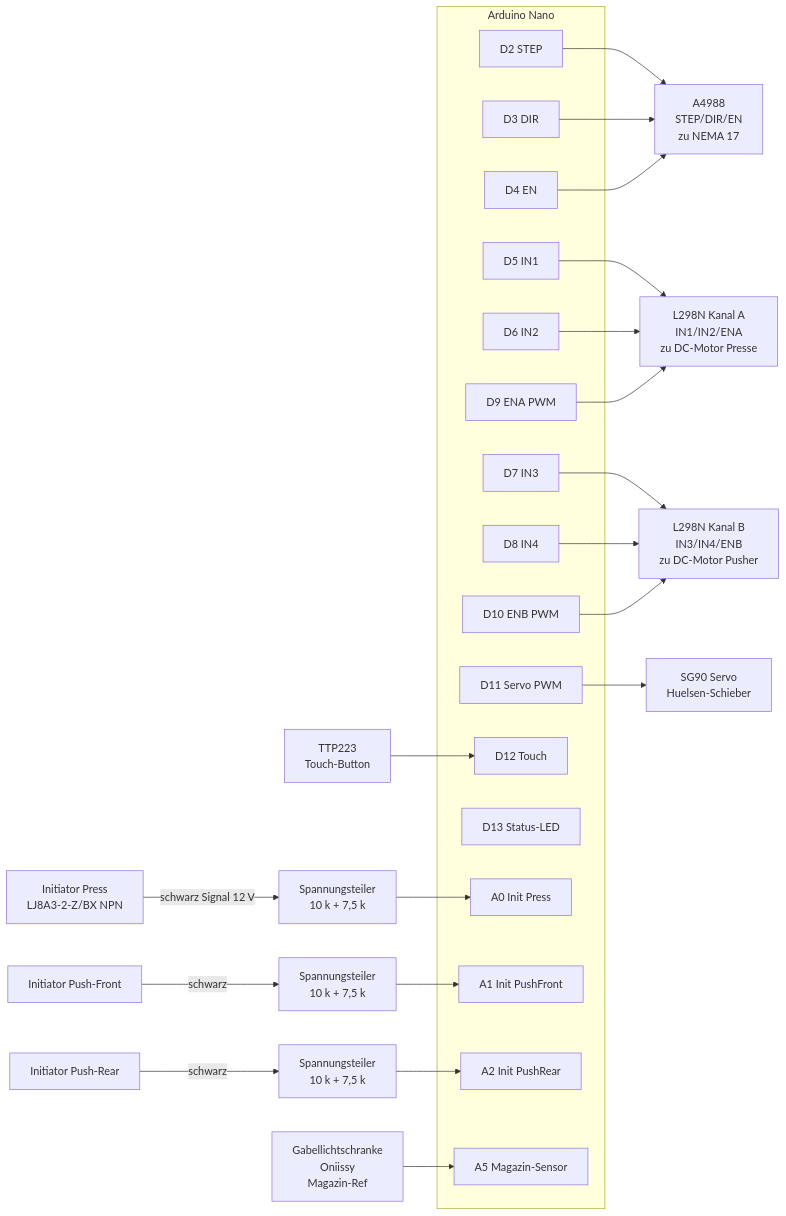
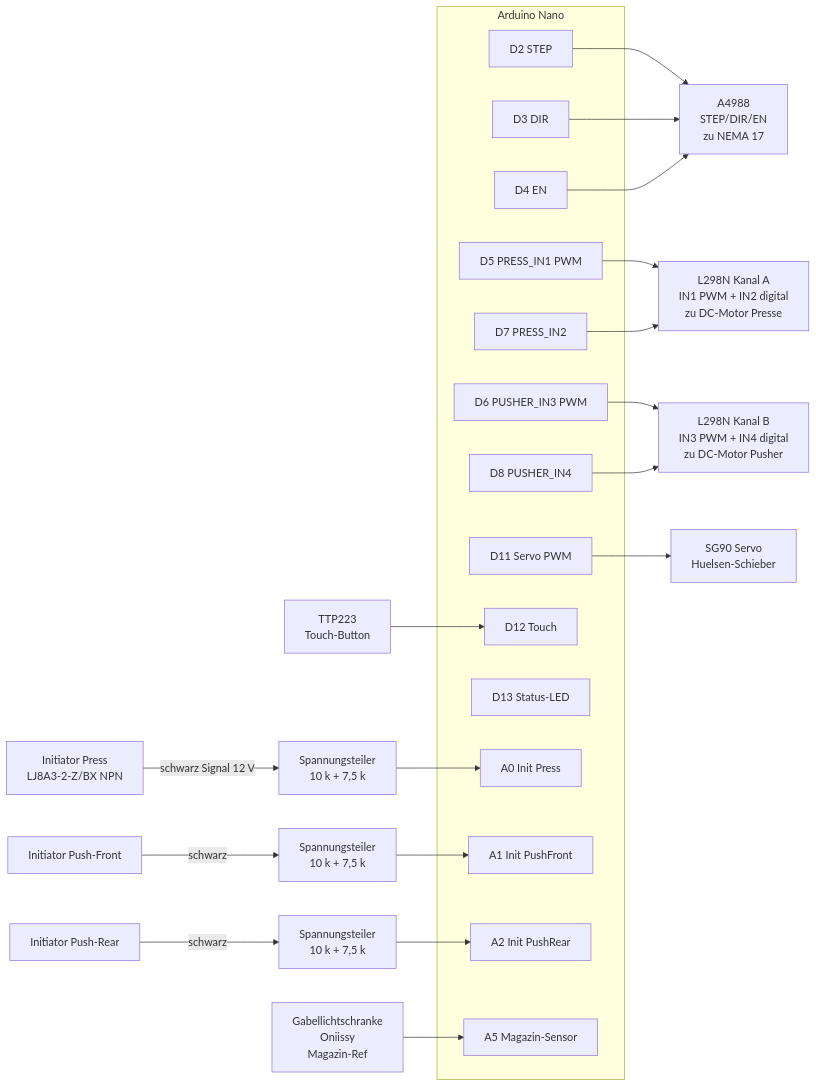
The second of 3 diagrams in docs/wiring.md (JohnsonRepo/stopf), drawn with Mermaid before and after one commit. The commit also changed other lines of this file and 5 other files, not shown here.

First line of the commit message:
fix(motors): L298N-Mini-Modul ohne ENA/ENB unterstuetzen

````diff
--- a/docs/wiring.md
+++ b/docs/wiring.md
@@ -102,47 +102,43 @@
 ```mermaid
 flowchart LR
     subgraph NANO [Arduino Nano]
         D2["D2 STEP"]
         D3["D3 DIR"]
         D4["D4 EN"]
-        D5["D5 IN1"]
-        D6["D6 IN2"]
-        D7["D7 IN3"]
-        D8["D8 IN4"]
-        D9["D9 ENA PWM"]
-        D10["D10 ENB PWM"]
+        D5["D5 PRESS_IN1 PWM"]
+        D6["D6 PUSHER_IN3 PWM"]
+        D7["D7 PRESS_IN2"]
+        D8["D8 PUSHER_IN4"]
         D11["D11 Servo PWM"]
         D12["D12 Touch"]
         D13["D13 Status-LED"]
         A0["A0 Init Press"]
         A1["A1 Init PushFront"]
         A2["A2 Init PushRear"]
         A5["A5 Magazin-Sensor"]
     end
 
     D2 --> A4988["A4988<br/>STEP/DIR/EN<br/>zu NEMA 17"]
     D3 --> A4988
     D4 --> A4988
 
-    D5 --> L298N_A["L298N Kanal A<br/>IN1/IN2/ENA<br/>zu DC-Motor Presse"]
-    D6 --> L298N_A
-    D9 --> L298N_A
+    D5 --> L298N_A["L298N Kanal A<br/>IN1 PWM + IN2 digital<br/>zu DC-Motor Presse"]
+    D7 --> L298N_A
 
-    D7 --> L298N_B["L298N Kanal B<br/>IN3/IN4/ENB<br/>zu DC-Motor Pusher"]
+    D6 --> L298N_B["L298N Kanal B<br/>IN3 PWM + IN4 digital<br/>zu DC-Motor Pusher"]
     D8 --> L298N_B
-    D10 --> L298N_B
 
     D11 --> SERVO["SG90 Servo<br/>Huelsen-Schieber"]
 
     TOUCH["TTP223<br/>Touch-Button"] --> D12
 
     DIV1["Spannungsteiler<br/>10 k + 7,5 k"] --> A0
     DIV2["Spannungsteiler<br/>10 k + 7,5 k"] --> A1
     DIV3["Spannungsteiler<br/>10 k + 7,5 k"] --> A2
 
     INIT_P["Initiator Press<br/>LJ8A3-2-Z/BX NPN"] -->|schwarz Signal 12 V| DIV1
     INIT_PF["Initiator Push-Front"] -->|schwarz| DIV2
     INIT_PR["Initiator Push-Rear"] -->|schwarz| DIV3
 
     OPTO["Gabellichtschranke<br/>Oniissy<br/>Magazin-Ref"] --> A5
 ```
````
